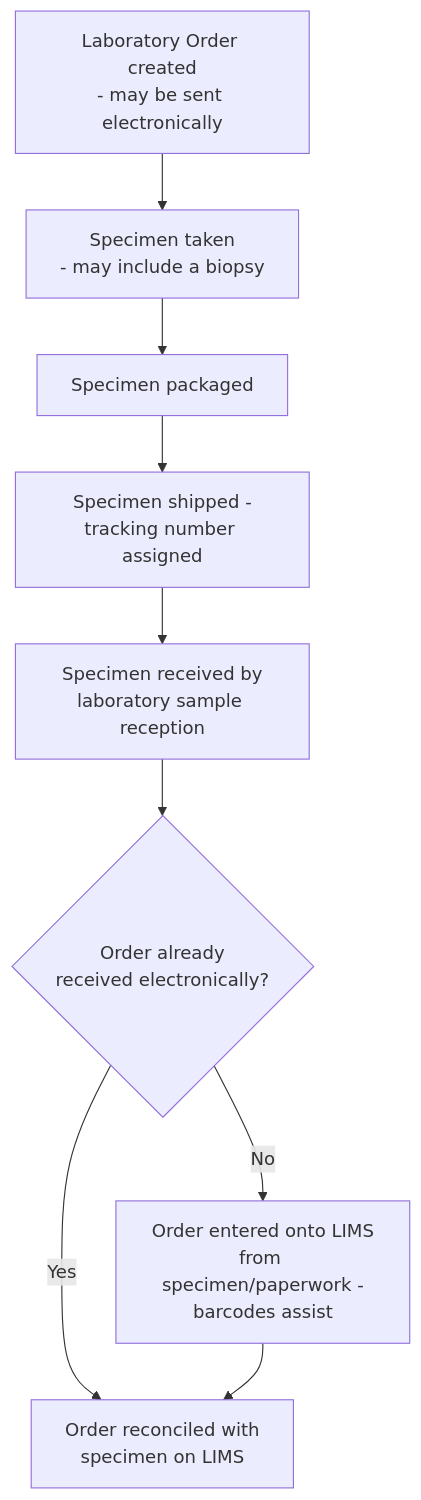
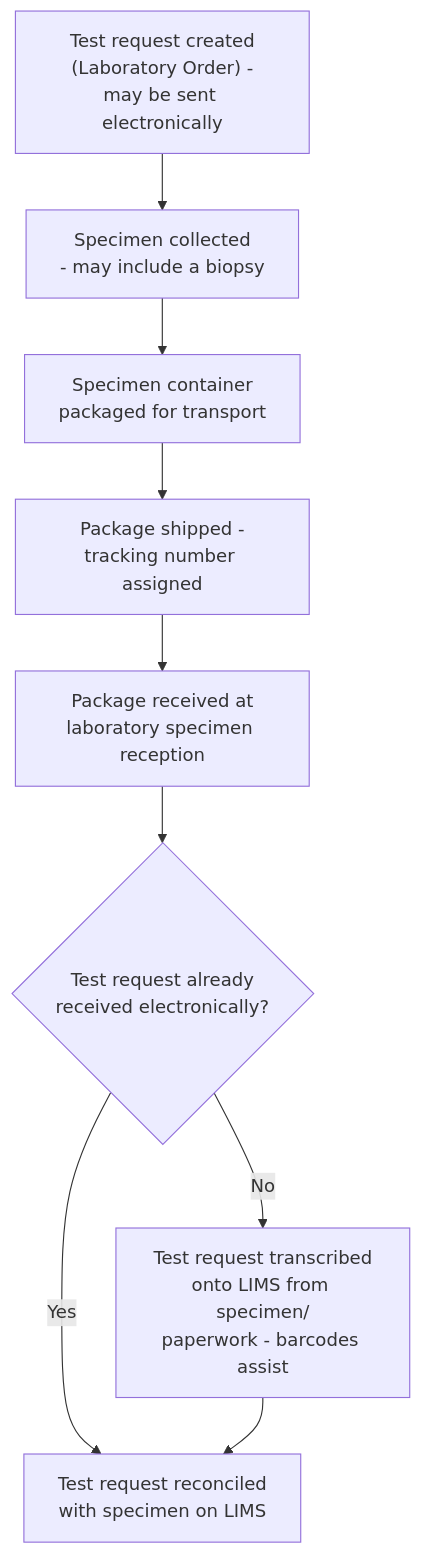
Before and after one commit to nw-gmsa/nw-gmsa.github.com: the diagram in input/pagecontent/SpecimenTransportationAndManagement.md, drawn with Mermaid. The commit also changed other lines of this file, not shown here.

````diff
--- a/input/pagecontent/SpecimenTransportationAndManagement.md
+++ b/input/pagecontent/SpecimenTransportationAndManagement.md
@@ -30,11 +38,11 @@
 ```mermaid
 flowchart TD
-    A[Laboratory Order created<br/>- may be sent electronically] --> B[Specimen taken<br/>- may include a biopsy]
-    B --> C[Specimen packaged]
-    C --> D[Specimen shipped -<br/>tracking number assigned]
-    D --> E[Specimen received by<br/>laboratory sample reception]
-    E --> F{Order already<br/>received electronically?}
-    F -->|No| G[Order entered onto LIMS<br/>from specimen/paperwork -<br/>barcodes assist]
-    F -->|Yes| H[Order reconciled with<br/>specimen on LIMS]
+    A["Test request created<br/>(Laboratory Order) -<br/>may be sent electronically"] --> B[Specimen collected<br/>- may include a biopsy]
+    B --> C[Specimen container<br/>packaged for transport]
+    C --> D[Package shipped -<br/>tracking number assigned]
+    D --> E[Package received at<br/>laboratory specimen reception]
+    E --> F{Test request already<br/>received electronically?}
+    F -->|No| G[Test request transcribed<br/>onto LIMS from specimen/<br/>paperwork - barcodes assist]
+    F -->|Yes| H[Test request reconciled<br/>with specimen on LIMS]
     G --> H
 ```
````
